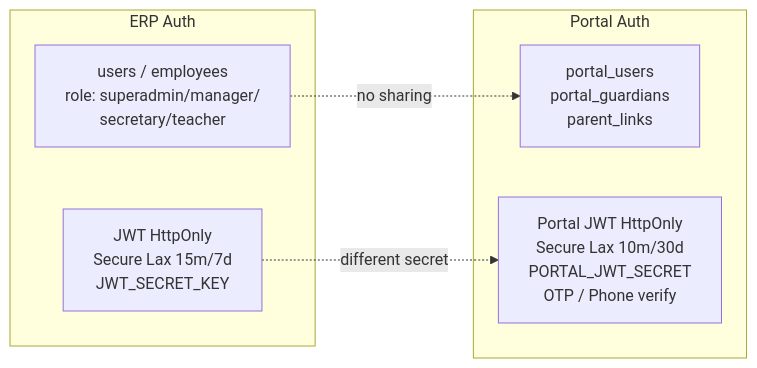
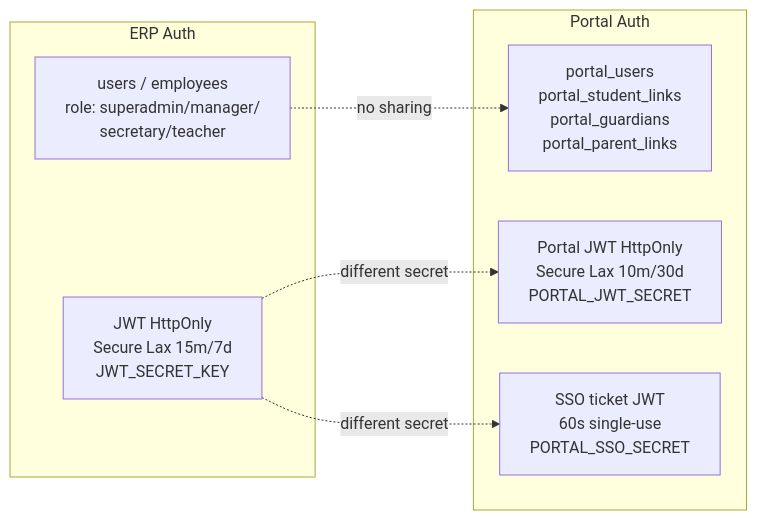
The seventh of 8 diagrams in docs/architecture/portal-architecture.md (Mahbob25/ILMS-IERP), drawn with Mermaid before and after one commit. The commit also changed other lines of this file and 33 other files, not shown here.

First line of the commit message:
feat(portal): unified login + auto-generated student/parent credentials

````diff
--- a/docs/architecture/portal-architecture.md
+++ b/docs/architecture/portal-architecture.md
@@ -358,13 +358,15 @@
 ```mermaid
 flowchart LR
     subgraph ERPAuth[ERP Auth]
         E1[users / employees\nrole: superadmin/manager/\nsecretary/teacher]
         E2[JWT HttpOnly\nSecure Lax 15m/7d\nJWT_SECRET_KEY]
     end
     subgraph PortalAuth[Portal Auth]
-        P1[portal_users\nportal_guardians\nparent_links]
-        P2[Portal JWT HttpOnly\nSecure Lax 10m/30d\nPORTAL_JWT_SECRET\nOTP / Phone verify]
+        P1[portal_users\nportal_student_links\nportal_guardians\nportal_parent_links]
+        P2[Portal JWT HttpOnly\nSecure Lax 10m/30d\nPORTAL_JWT_SECRET]
+        P3[SSO ticket JWT\n60s single-use\nPORTAL_SSO_SECRET]
     end
     E1 -. no sharing .-> P1
     E2 -. different secret .-> P2
+    E2 -. different secret .-> P3
 ```
````
